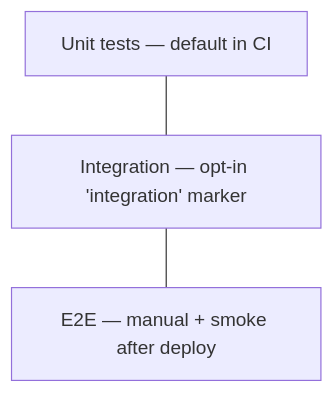
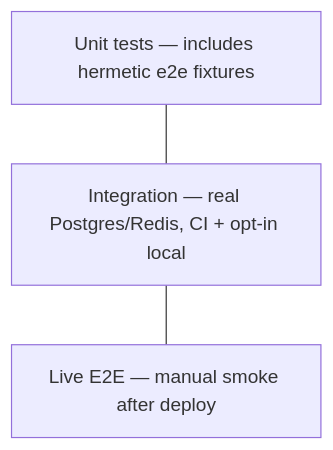
The diagram in docs/18-testing-strategy.md (ariestop/DWTGBot), drawn with Mermaid before and after one commit. The commit also changed other lines of this file and 55 other files, not shown here.

````diff
--- a/docs/18-testing-strategy.md
+++ b/docs/18-testing-strategy.md
@@ -17,7 +17,7 @@
 ```mermaid
 flowchart TB
-    e2e[E2E — manual + smoke after deploy]
-    int[Integration — opt-in 'integration' marker]
-    unit[Unit tests — default in CI]
+    e2e[Live E2E — manual smoke after deploy]
+    int[Integration — real Postgres/Redis, CI + opt-in local]
+    unit[Unit tests — includes hermetic e2e fixtures]
     unit:::wide --- int --- e2e
 ```
````
